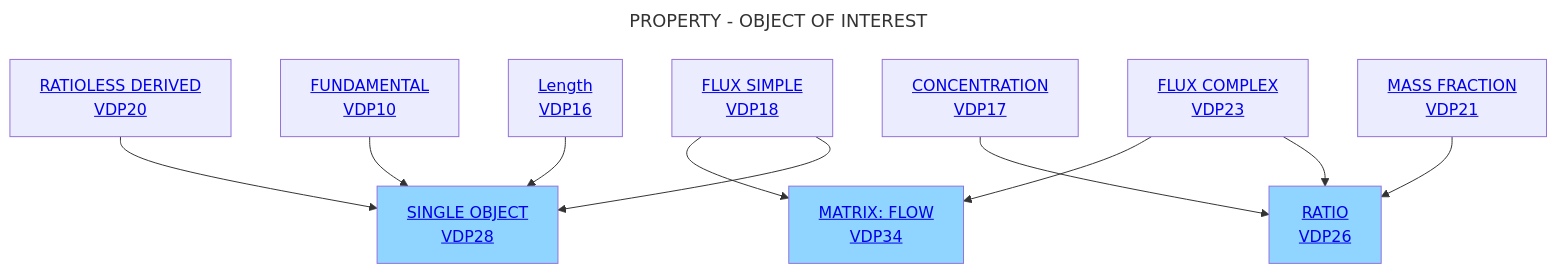
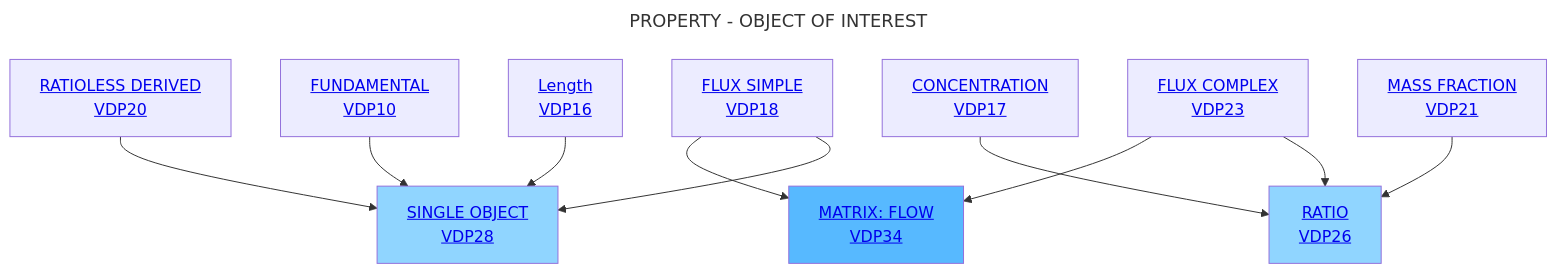
The diagram in Decisition_trees/DT6.mmd (mabablue/I-ADOPT-patterns-playground), drawn with Mermaid before and after one commit.

```diff
--- a/Decisition_trees/DT6.mmd
+++ b/Decisition_trees/DT6.mmd
@@ -1,15 +1,16 @@
 ---
 title: PROPERTY - OBJECT OF INTEREST
 ---
 flowchart TD
     A[<a href='https://github.com/mabablue/I-ADOPT-patterns-playground/blob/main/pattern/VDP16.yaml'>Length <br> VDP16</a>] --> C[<a href='https://github.com/mabablue/I-ADOPT-patterns-playground/blob/main/pattern/VDP16.yaml'>SINGLE OBJECT <br> VDP28</a>]:::blue
     B[<a href='https://github.com/mabablue/I-ADOPT-patterns-playground/blob/main/pattern/VDP10.yaml'>FUNDAMENTAL <br> VDP10</a>]  --> C
     D[<a href='https://github.com/mabablue/I-ADOPT-patterns-playground/blob/main/pattern/VDP10.yaml'>RATIOLESS DERIVED <br> VDP20</a>] --> C
     L[<a href='https://github.com/mabablue/I-ADOPT-patterns-playground/blob/main/pattern/VDP10.yaml'>MASS FRACTION <br> VDP21</a>] --> F[<a href='https://github.com/mabablue/I-ADOPT-patterns-playground/blob/main/pattern/VDP16.yaml'>RATIO <br> VDP26</a>]:::blue
     M[<a href='https://github.com/mabablue/I-ADOPT-patterns-playground/blob/main/pattern/VDP10.yaml'>CONCENTRATION <br> VDP17</a>] --> F
     H[<a href='https://github.com/mabablue/I-ADOPT-patterns-playground/blob/main/pattern/VDP10.yaml'>FLUX SIMPLE <br> VDP18</a>] --> C
     I[<a href='https://github.com/mabablue/I-ADOPT-patterns-playground/blob/main/pattern/VDP10.yaml'>FLUX COMPLEX <br> VDP23</a>] --> F
-    H --> K[<a href='https://github.com/mabablue/I-ADOPT-patterns-playground/blob/main/pattern/VDP10.yaml'>MATRIX: FLOW <br> VDP34</a>]:::blue
+    H --> K[<a href='https://github.com/mabablue/I-ADOPT-patterns-playground/blob/main/pattern/VDP10.yaml'>MATRIX: FLOW <br> VDP34</a>]:::satblue
     I --> K
 
    classDef blue fill:#90D5FF
+   classDef satblue fill:#57B9FF
```
